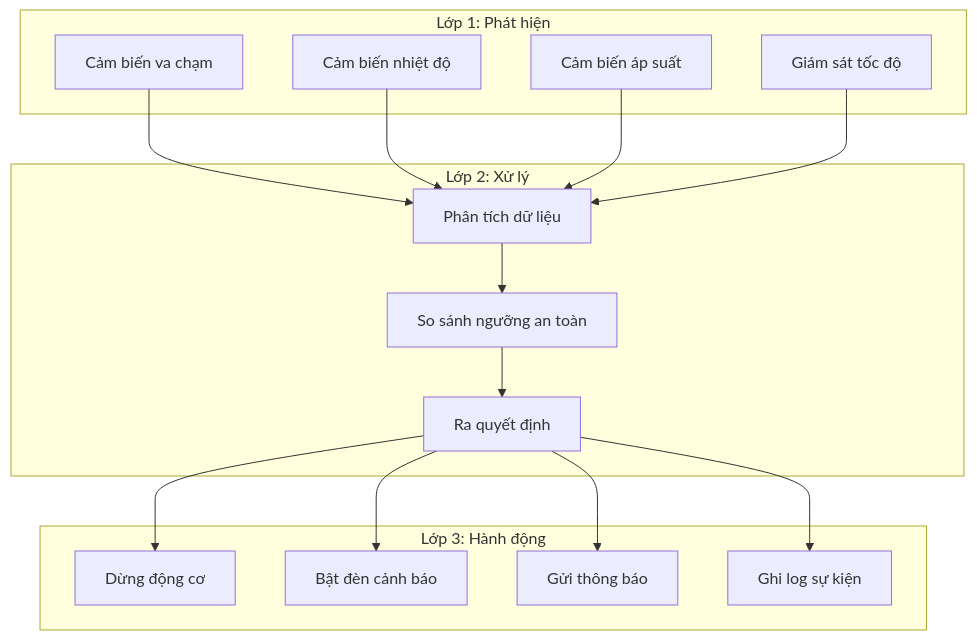
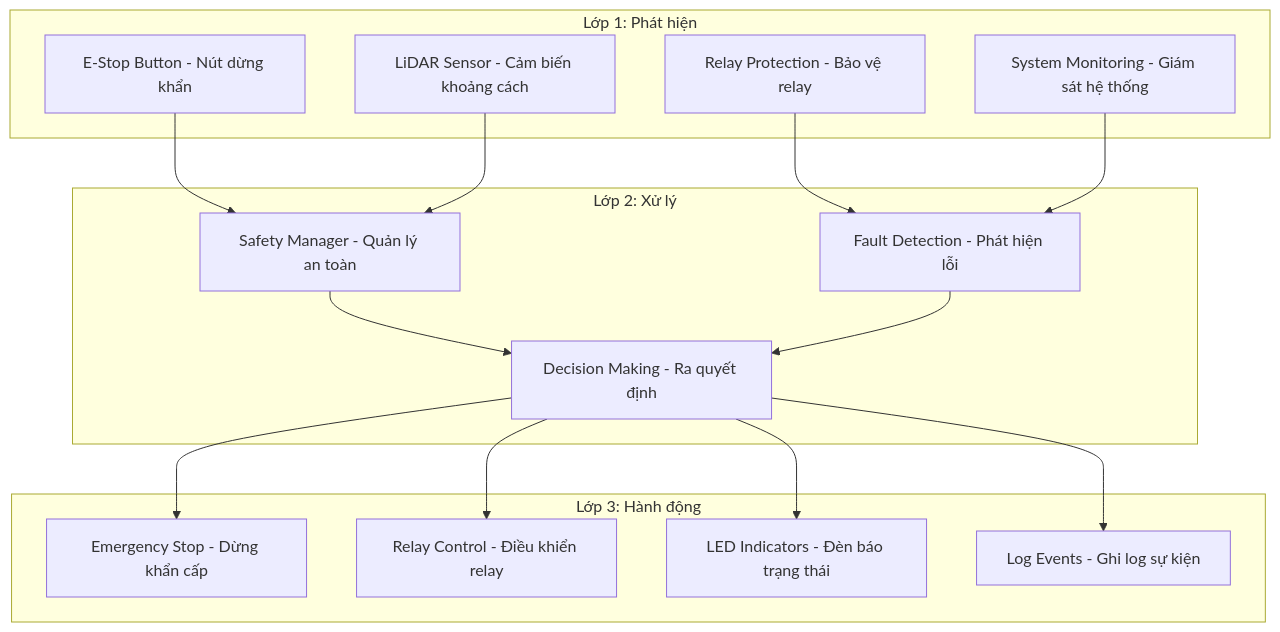
The second of 9 diagrams in docs/FIRMWARE/04_DOCUMENTATION/FIRMWARE_TINH_NANG_HIEN_TAI.md (kimlam2010/OHT_V2), drawn with Mermaid before and after one commit. The commit also changed other lines of this file, not shown here.

````diff
--- a/docs/FIRMWARE/04_DOCUMENTATION/FIRMWARE_TINH_NANG_HIEN_TAI.md
+++ b/docs/FIRMWARE/04_DOCUMENTATION/FIRMWARE_TINH_NANG_HIEN_TAI.md
@@ -62,34 +64,34 @@
 ```mermaid
 graph TB
     subgraph "Lớp 1: Phát hiện"
-        S1[Cảm biến va chạm]
-        S2[Cảm biến nhiệt độ]
-        S3[Cảm biến áp suất]
-        S4[Giám sát tốc độ]
+        S1[E-Stop Button - Nút dừng khẩn]
+        S2[LiDAR Sensor - Cảm biến khoảng cách]
+        S3[Relay Protection - Bảo vệ relay]
+        S4[System Monitoring - Giám sát hệ thống]
     end
     
     subgraph "Lớp 2: Xử lý"
-        P1[Phân tích dữ liệu]
-        P2[So sánh ngưỡng an toàn]
-        P3[Ra quyết định]
+        P1[Safety Manager - Quản lý an toàn]
+        P2[Fault Detection - Phát hiện lỗi]
+        P3[Decision Making - Ra quyết định]
     end
     
     subgraph "Lớp 3: Hành động"
-        A1[Dừng động cơ]
-        A2[Bật đèn cảnh báo]
-        A3[Gửi thông báo]
-        A4[Ghi log sự kiện]
+        A1[Emergency Stop - Dừng khẩn cấp]
+        A2[Relay Control - Điều khiển relay]
+        A3[LED Indicators - Đèn báo trạng thái]
+        A4[Log Events - Ghi log sự kiện]
     end
     
     S1 --> P1
     S2 --> P1
-    S3 --> P1
-    S4 --> P1
+    S3 --> P2
+    S4 --> P2
     
-    P1 --> P2
+    P1 --> P3
     P2 --> P3
     P3 --> A1
     P3 --> A2
     P3 --> A3
     P3 --> A4
 ```
````
